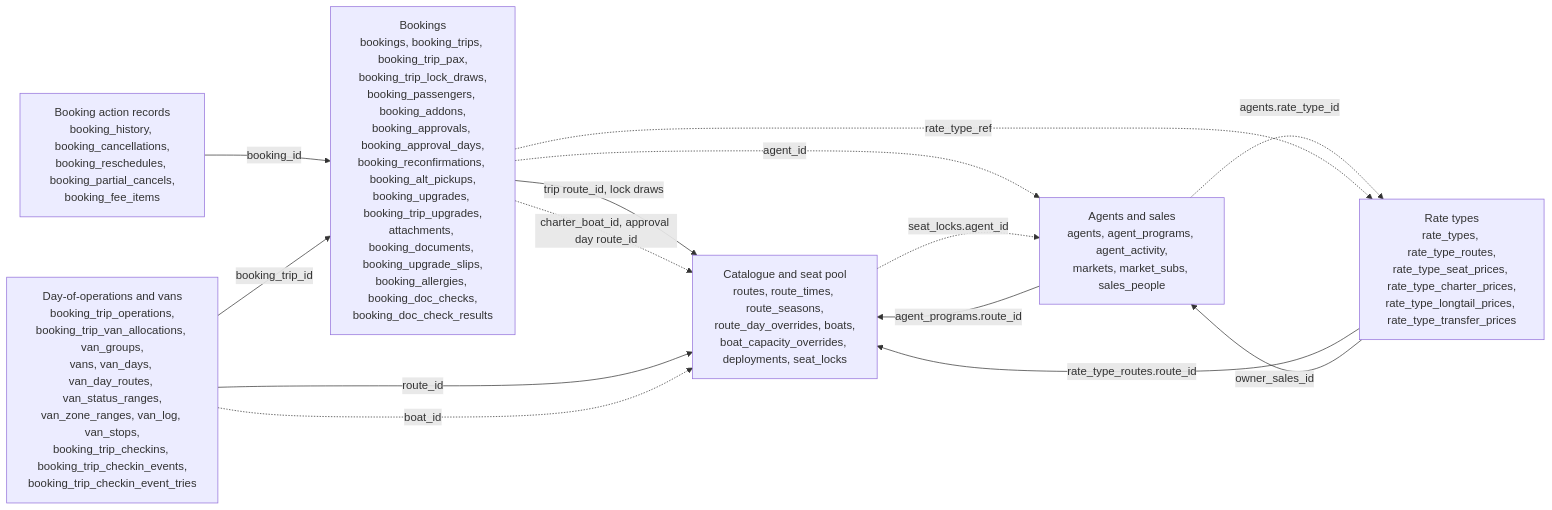
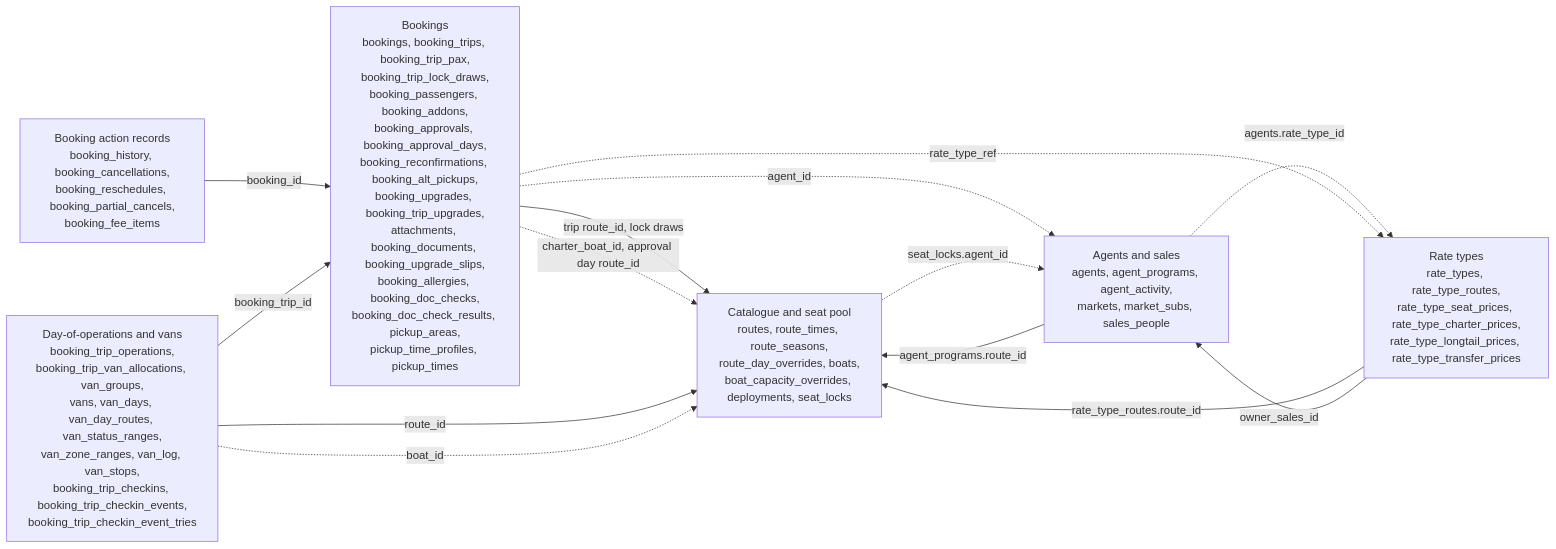
Before and after one commit to TheTaTha5/operation_backend: the first of 7 diagrams in docs/schema.md, drawn with Mermaid. The commit also changed 11 other files, not shown here.

First line of the commit message:
feat: pickup areas and pickup times

````diff
--- a/docs/schema.md
+++ b/docs/schema.md
@@ -28,23 +28,23 @@
 ```mermaid
 flowchart LR
   catalogue["Catalogue and seat pool<br/>routes, route_times, route_seasons,<br/>route_day_overrides, boats,<br/>boat_capacity_overrides, deployments, seat_locks"]
-  bookings["Bookings<br/>bookings, booking_trips, booking_trip_pax,<br/>booking_trip_lock_draws,<br/>booking_passengers, booking_addons,<br/>booking_approvals, booking_approval_days,<br/>booking_reconfirmations, booking_alt_pickups,<br/>booking_upgrades, booking_trip_upgrades,<br/>attachments, booking_documents, booking_upgrade_slips,<br/>booking_allergies, booking_doc_checks,<br/>booking_doc_check_results"]
+  bookings["Bookings<br/>bookings, booking_trips, booking_trip_pax,<br/>booking_trip_lock_draws,<br/>booking_passengers, booking_addons,<br/>booking_approvals, booking_approval_days,<br/>booking_reconfirmations, booking_alt_pickups,<br/>booking_upgrades, booking_trip_upgrades,<br/>attachments, booking_documents, booking_upgrade_slips,<br/>booking_allergies, booking_doc_checks,<br/>booking_doc_check_results, pickup_areas,<br/>pickup_time_profiles, pickup_times"]
   actions["Booking action records<br/>booking_history, booking_cancellations,<br/>booking_reschedules, booking_partial_cancels,<br/>booking_fee_items"]
   ops["Day-of-operations and vans<br/>booking_trip_operations,<br/>booking_trip_van_allocations, van_groups,<br/>vans, van_days, van_day_routes, van_status_ranges,<br/>van_zone_ranges, van_log, van_stops,<br/>booking_trip_checkins, booking_trip_checkin_events,<br/>booking_trip_checkin_event_tries"]
   sales["Agents and sales<br/>agents, agent_programs, agent_activity,<br/>markets, market_subs, sales_people"]
   rates["Rate types<br/>rate_types, rate_type_routes,<br/>rate_type_seat_prices, rate_type_charter_prices,<br/>rate_type_longtail_prices, rate_type_transfer_prices"]
 
   bookings -- "trip route_id, lock draws" --> catalogue
   bookings -. "charter_boat_id, approval day route_id" .-> catalogue
   actions -- "booking_id" --> bookings
   ops -- "booking_trip_id" --> bookings
   ops -- "route_id" --> catalogue
   ops -. "boat_id" .-> catalogue
   sales -- "agent_programs.route_id" --> catalogue
   bookings -. "agent_id" .-> sales
   catalogue -. "seat_locks.agent_id" .-> sales
   rates -- "rate_type_routes.route_id" --> catalogue
   rates -- "owner_sales_id" --> sales
   sales -. "agents.rate_type_id" .-> rates
   bookings -. "rate_type_ref" .-> rates
 ```
````
